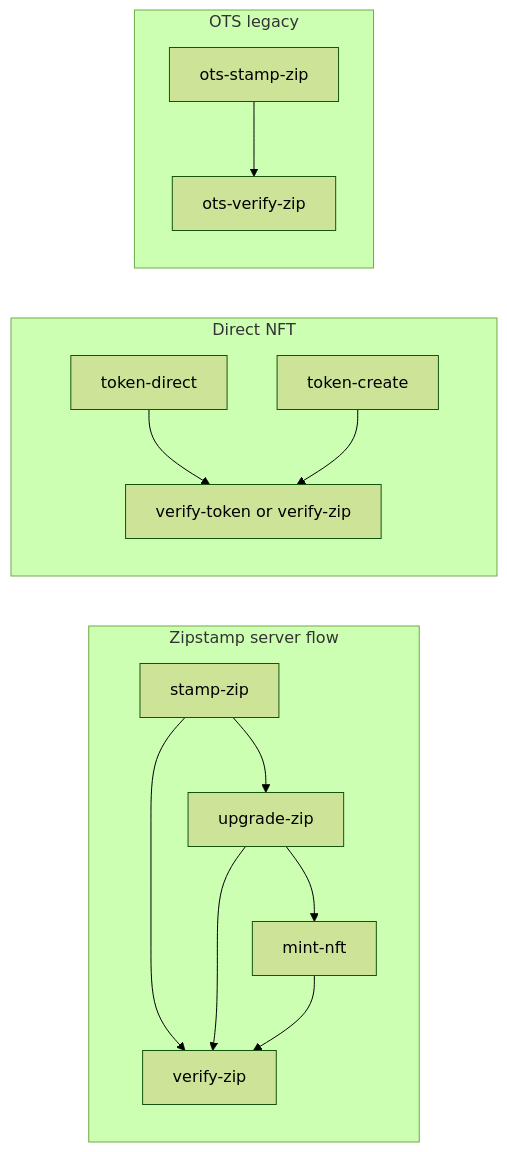
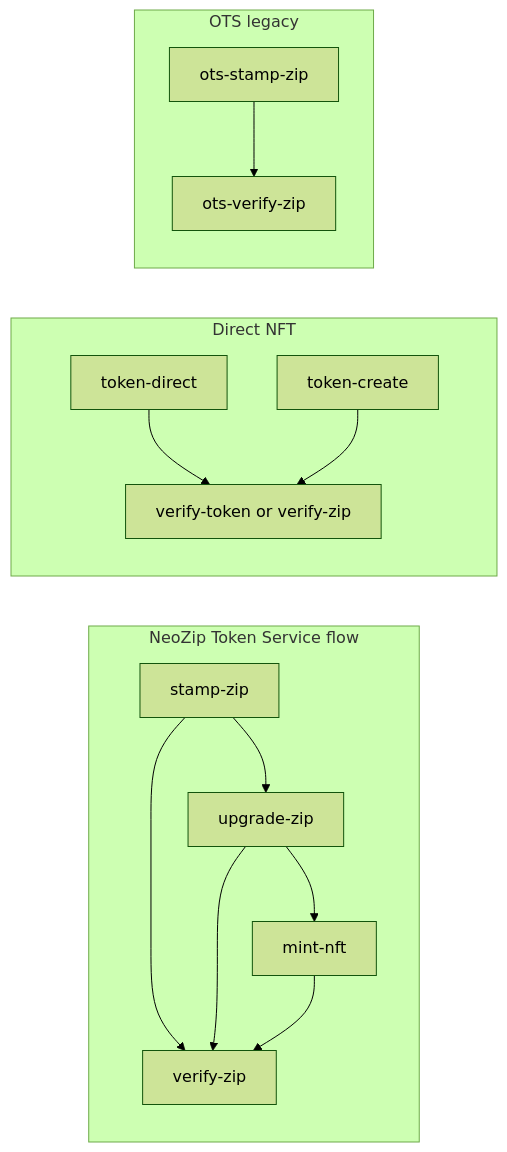
Before and after one commit to NeoWareInc/neozipkit: the diagram in packages/neozip-blockchain/examples/README.md, drawn with Mermaid (forest theme). The commit also changed other lines of this file and 32 other files, not shown here.

Commit message:
Change to token-service

````diff
--- a/packages/neozip-blockchain/examples/README.md
+++ b/packages/neozip-blockchain/examples/README.md
@@ -43,19 +43,19 @@
 ```mermaid
 flowchart LR
-  subgraph zipstamp_server [Zipstamp server flow]
+  subgraph token_service_flow [NeoZip Token Service flow]
     A[stamp-zip] --> B[upgrade-zip]
     B --> C[mint-nft]
     A --> V1[verify-zip]
     B --> V1
     C --> V1
   end
   subgraph direct [Direct NFT]
     T1[token-direct]
     T2[token-create]
     T1 --> V2[verify-token or verify-zip]
     T2 --> V2
   end
   subgraph ots [OTS legacy]
     O1[ots-stamp-zip] --> O2[ots-verify-zip]
   end
 ```
````
